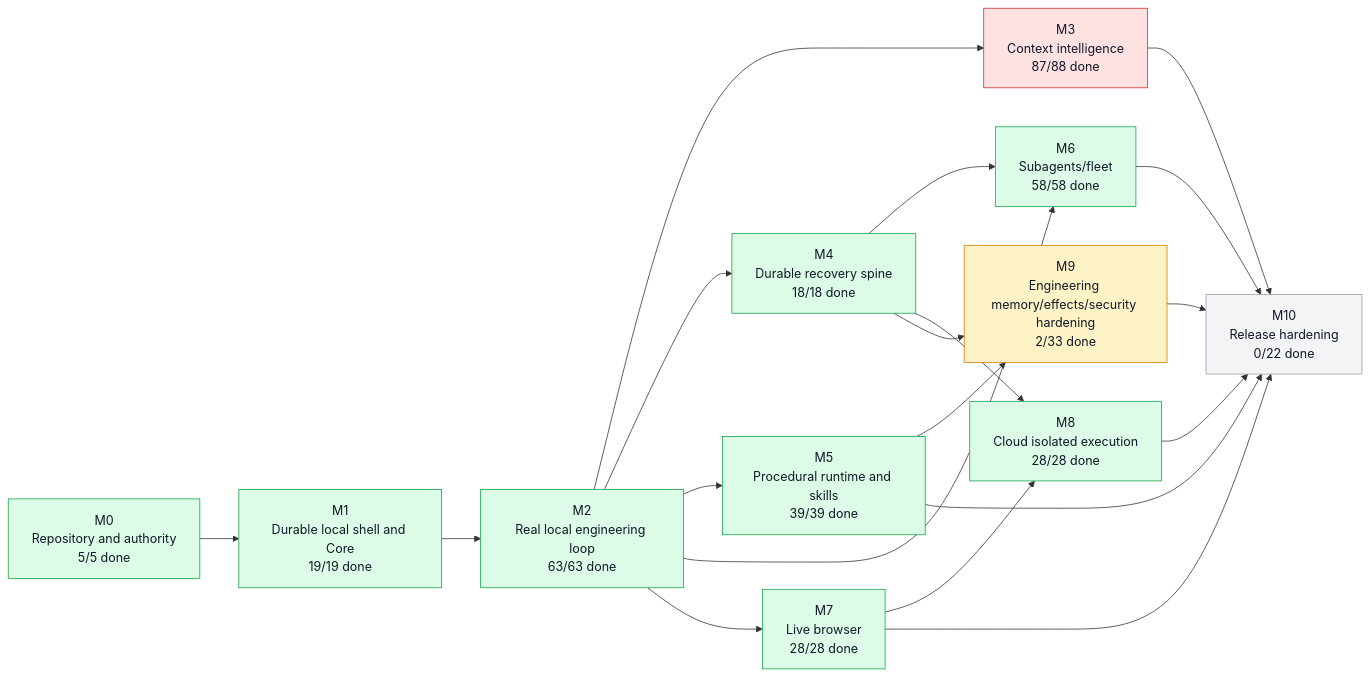
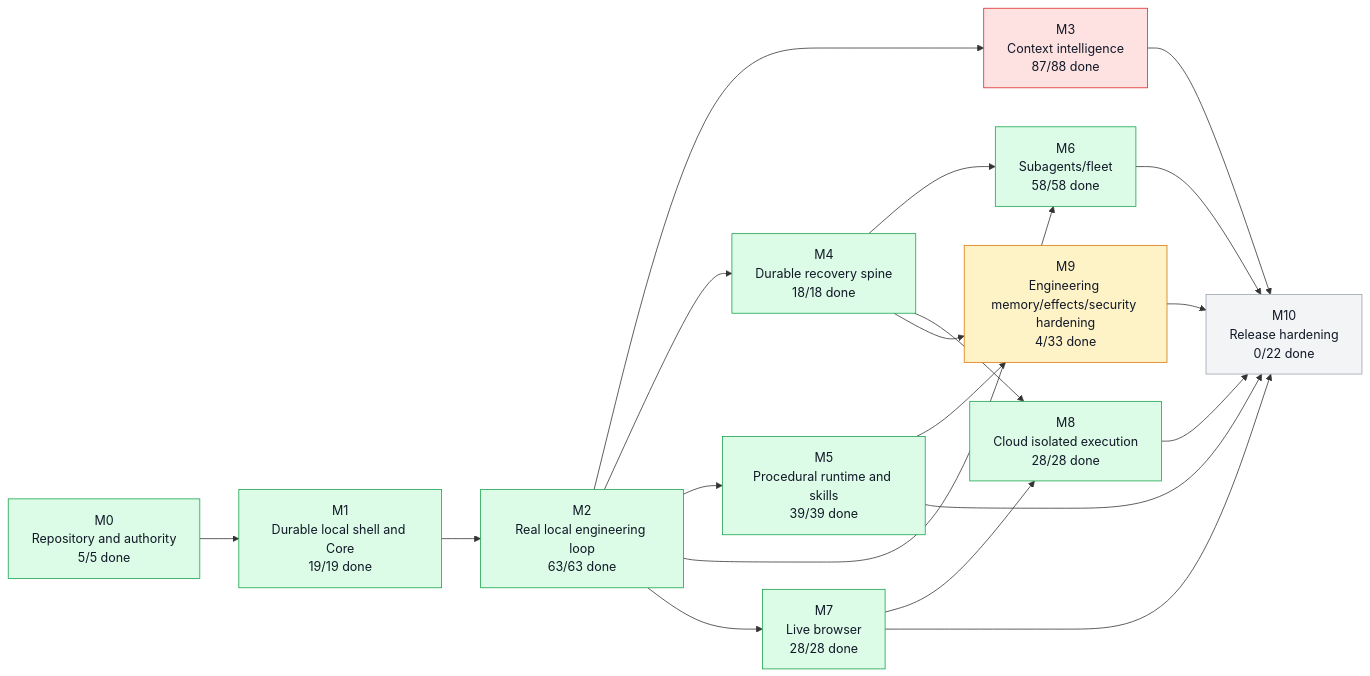
The first of 5 diagrams in graph/PROJECT_GRAPH.md (moss101/modbit), drawn with Mermaid before and after one commit. The commit also changed other lines of this file and 3 other files, not shown here.

````diff
--- a/graph/PROJECT_GRAPH.md
+++ b/graph/PROJECT_GRAPH.md
@@ -57,43 +57,43 @@
 ```mermaid
 flowchart LR
   M0["M0<br/>Repository and authority<br/>5/5 done"]
   M1["M1<br/>Durable local shell and Core<br/>19/19 done"]
   M2["M2<br/>Real local engineering loop<br/>63/63 done"]
   M3["M3<br/>Context intelligence<br/>87/88 done"]
   M4["M4<br/>Durable recovery spine<br/>18/18 done"]
   M5["M5<br/>Procedural runtime and skills<br/>39/39 done"]
   M6["M6<br/>Subagents/fleet<br/>58/58 done"]
   M7["M7<br/>Live browser<br/>28/28 done"]
   M8["M8<br/>Cloud isolated execution<br/>28/28 done"]
-  M9["M9<br/>Engineering memory/effects/security hardening<br/>2/33 done"]
+  M9["M9<br/>Engineering memory/effects/security hardening<br/>4/33 done"]
   M10["M10<br/>Release hardening<br/>0/22 done"]
   M0 --> M1
   M1 --> M2
   M2 --> M3
   M2 --> M4
   M2 --> M5
   M2 --> M6
   M4 --> M6
   M2 --> M7
   M4 --> M8
   M7 --> M8
   M4 --> M9
   M5 --> M9
   M3 --> M10
   M5 --> M10
   M6 --> M10
   M7 --> M10
   M8 --> M10
   M9 --> M10
   style M0 fill:#dcfce7,stroke:#16a34a,color:#111827
   style M1 fill:#dcfce7,stroke:#16a34a,color:#111827
   style M2 fill:#dcfce7,stroke:#16a34a,color:#111827
   style M3 fill:#fee2e2,stroke:#dc2626,color:#111827
   style M4 fill:#dcfce7,stroke:#16a34a,color:#111827
   style M5 fill:#dcfce7,stroke:#16a34a,color:#111827
   style M6 fill:#dcfce7,stroke:#16a34a,color:#111827
   style M7 fill:#dcfce7,stroke:#16a34a,color:#111827
   style M8 fill:#dcfce7,stroke:#16a34a,color:#111827
   style M9 fill:#fef3c7,stroke:#d97706,color:#111827
   style M10 fill:#f3f4f6,stroke:#9ca3af,color:#111827
 ```
````
